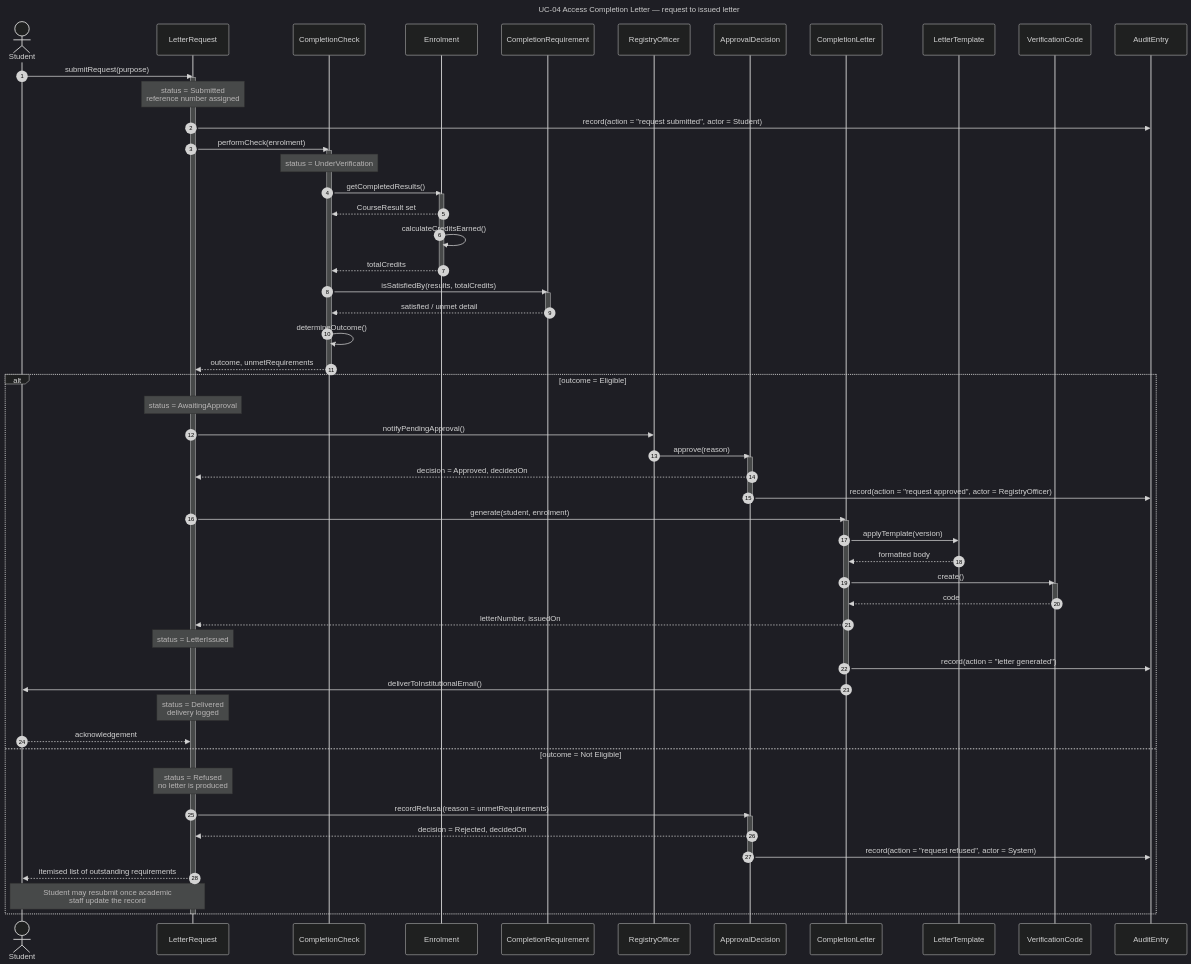
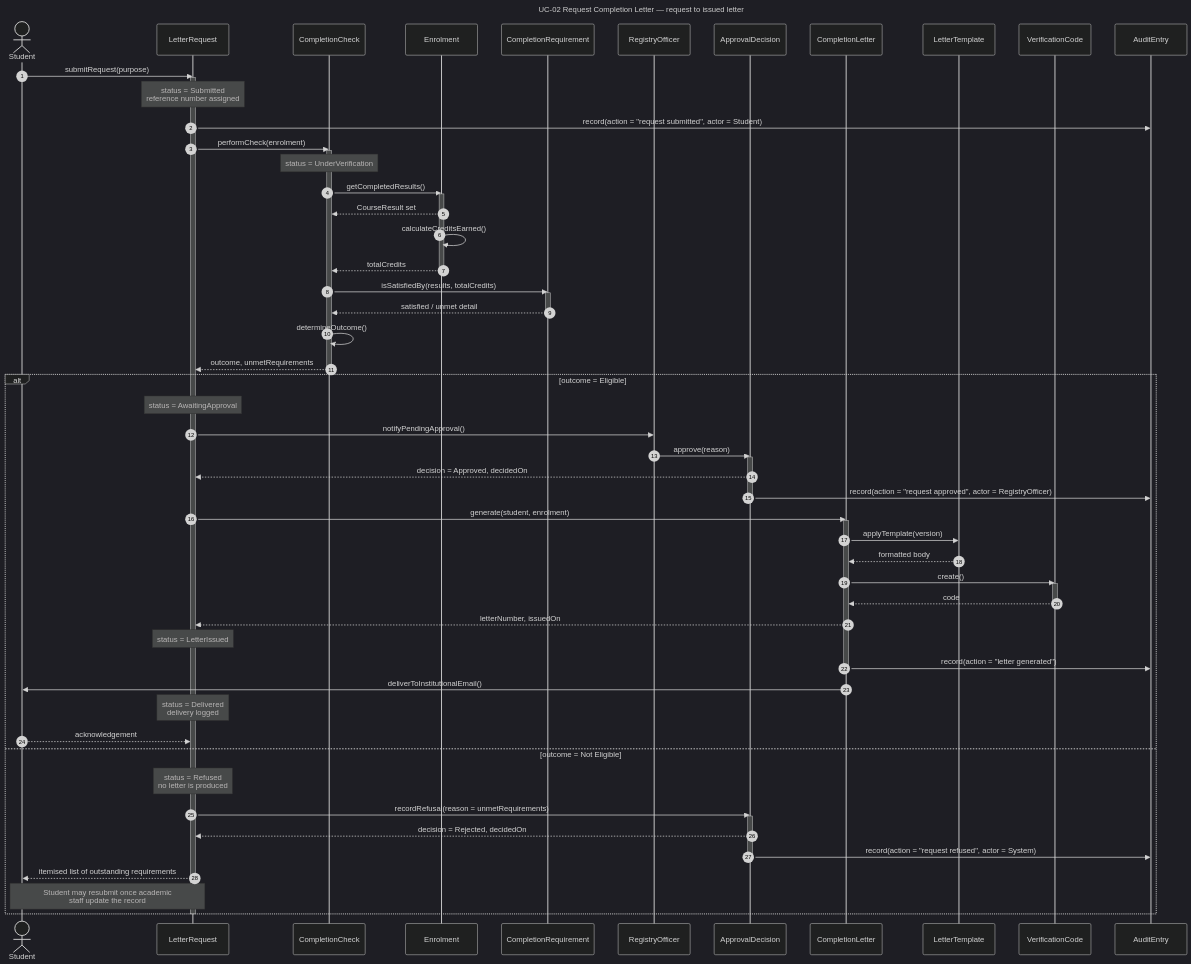
Before and after one commit to pako-18/csi473-univeristy-service-hub: the diagram in models/sequence-core-use-case.mmd, drawn with Mermaid (dark theme). The commit also changed 5 other files, not shown here.

```diff
--- a/models/sequence-core-use-case.mmd
+++ b/models/sequence-core-use-case.mmd
@@ -1,83 +1,83 @@
 ---
-title: UC-04 Access Completion Letter — request to issued letter
+title: UC-02 Request Completion Letter — request to issued letter
 ---
 sequenceDiagram
     autonumber
     actor S as Student
     participant LR as LetterRequest
     participant CC as CompletionCheck
     participant EN as Enrolment
     participant CR as CompletionRequirement
     participant RO as RegistryOfficer
     participant AD as ApprovalDecision
     participant CL as CompletionLetter
     participant LT as LetterTemplate
     participant VC as VerificationCode
     participant AE as AuditEntry
 
     S->>LR: submitRequest(purpose)
     activate LR
     Note over LR: status = Submitted<br/>reference number assigned
     LR->>AE: record(action = "request submitted", actor = Student)
 
     LR->>CC: performCheck(enrolment)
     activate CC
     Note over CC: status = UnderVerification
 
     CC->>EN: getCompletedResults()
     activate EN
     EN-->>CC: CourseResult set
     EN->>EN: calculateCreditsEarned()
     EN-->>CC: totalCredits
     deactivate EN
 
     CC->>CR: isSatisfiedBy(results, totalCredits)
     activate CR
     CR-->>CC: satisfied / unmet detail
     deactivate CR
 
     CC->>CC: determineOutcome()
     CC-->>LR: outcome, unmetRequirements
     deactivate CC
 
     alt outcome = Eligible
         Note over LR: status = AwaitingApproval
 
         LR->>RO: notifyPendingApproval()
         RO->>AD: approve(reason)
         activate AD
         AD-->>LR: decision = Approved, decidedOn
         AD->>AE: record(action = "request approved", actor = RegistryOfficer)
         deactivate AD
 
         LR->>CL: generate(student, enrolment)
         activate CL
         CL->>LT: applyTemplate(version)
         LT-->>CL: formatted body
         CL->>VC: create()
         activate VC
         VC-->>CL: code
         deactivate VC
         CL-->>LR: letterNumber, issuedOn
         Note over LR: status = LetterIssued
         CL->>AE: record(action = "letter generated")
         deactivate CL
 
         CL->>S: deliverToInstitutionalEmail()
         Note over LR: status = Delivered<br/>delivery logged
         S-->>LR: acknowledgement
 
     else outcome = Not Eligible
         Note over LR: status = Refused<br/>no letter is produced
 
         LR->>AD: recordRefusal(reason = unmetRequirements)
         activate AD
         AD-->>LR: decision = Rejected, decidedOn
         AD->>AE: record(action = "request refused", actor = System)
         deactivate AD
 
         LR-->>S: itemised list of outstanding requirements
         Note over S,LR: Student may resubmit once academic<br/>staff update the record
     end
 
     deactivate LR
```
